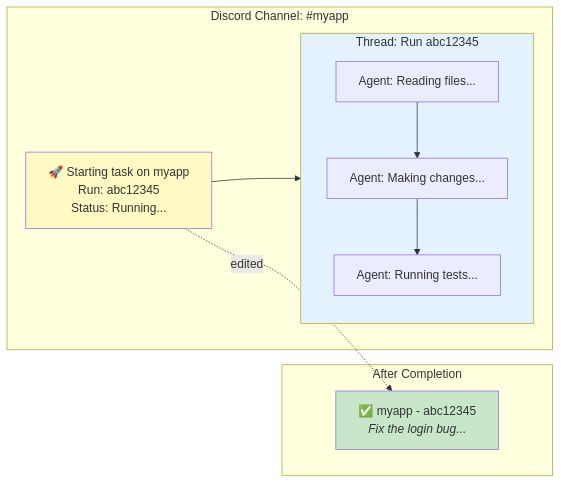
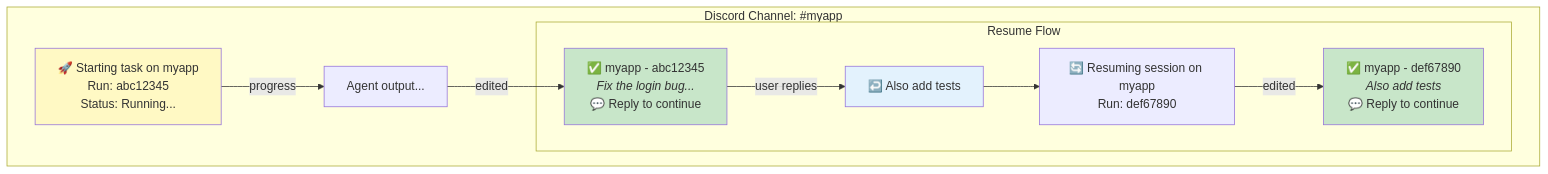
Before and after one commit to carrotly-ai/gluon-agent: diagram 13 of 18 in README.md, drawn with Mermaid. The commit also changed other lines of this file and 4 other files, not shown here.

````diff
--- a/README.md
+++ b/README.md
@@ -740,24 +742,19 @@
 ```mermaid
-flowchart LR
+flowchart TD
     subgraph "Discord Channel: #myapp"
         MSG1["🚀 Starting task on myapp<br/>Run: abc12345<br/>Status: Running..."]
-        MSG1 --> THREAD
+        MSG1 -->|progress| P1["Agent output..."]
+        P1 -->|edited| MSG2["✅ myapp - abc12345<br/><i>Fix the login bug...</i><br/>💬 Reply to continue"]
 
-        subgraph THREAD["Thread: Run abc12345"]
-            P1["Agent: Reading files..."]
-            P2["Agent: Making changes..."]
-            P3["Agent: Running tests..."]
-            P1 --> P2 --> P3
+        subgraph "Resume Flow"
+            MSG2 -->|user replies| REPLY["↩️ Also add tests"]
+            REPLY --> MSG3["🔄 Resuming session on myapp<br/>Run: def67890"]
+            MSG3 -->|edited| MSG4["✅ myapp - def67890<br/><i>Also add tests</i><br/>💬 Reply to continue"]
         end
     end
 
-    subgraph "After Completion"
-        MSG2["✅ myapp - abc12345<br/><i>Fix the login bug...</i>"]
-    end
-
-    MSG1 -.->|edited| MSG2
-
     style MSG1 fill:#fff9c4
     style MSG2 fill:#c8e6c9
-    style THREAD fill:#e3f2fd
+    style MSG4 fill:#c8e6c9
+    style REPLY fill:#e3f2fd
 ```
````
